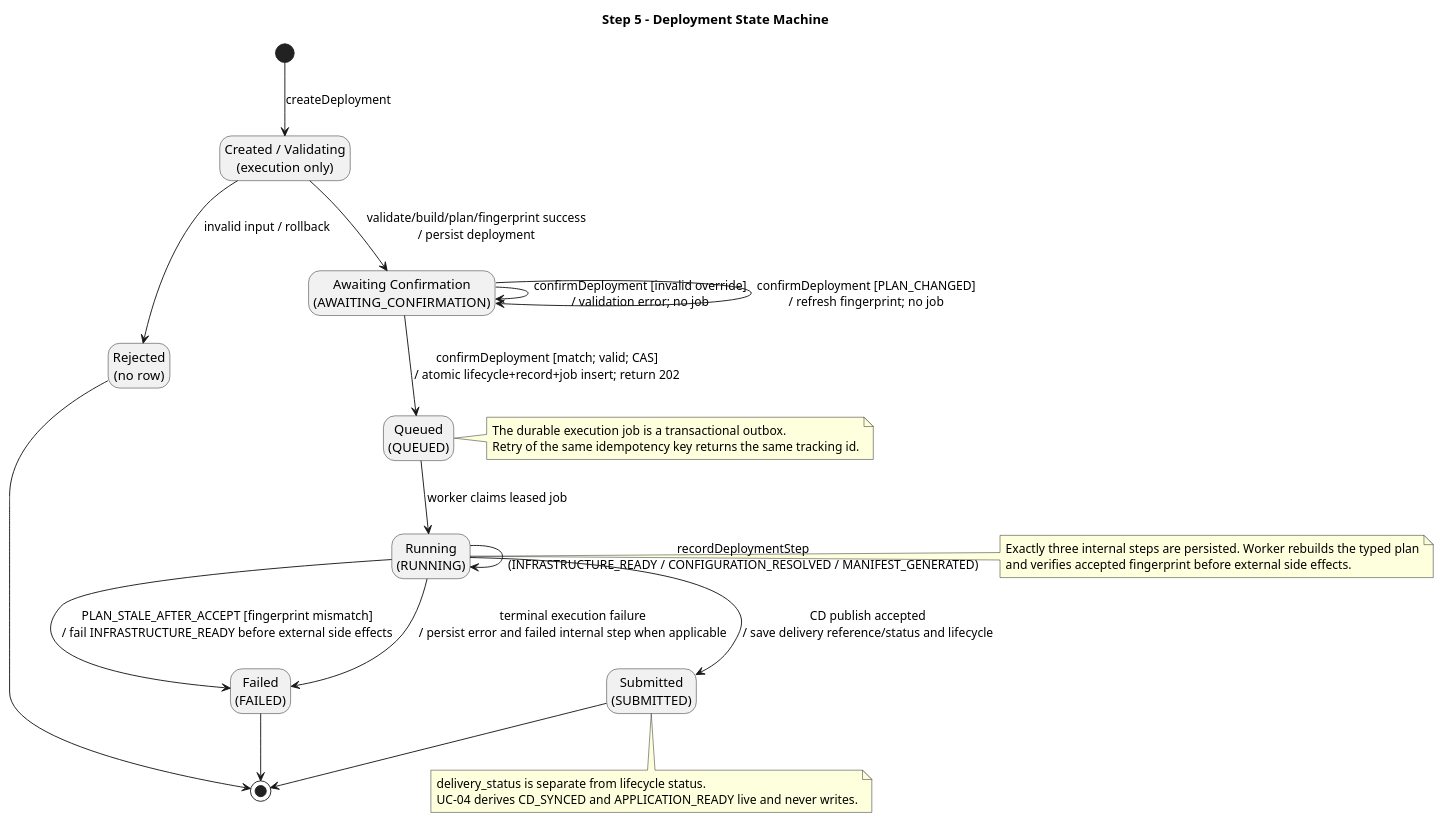
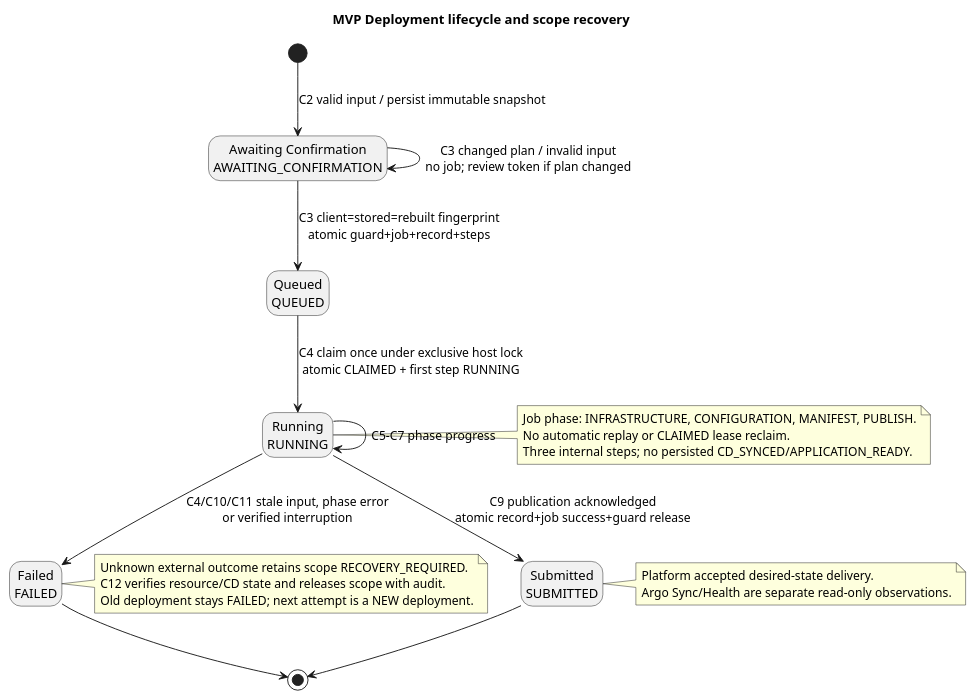
One commit to pr3s3nt/final_idp changed the diagram in 05_state_machines/deployment_state.puml. Above: the diagram before and after it, drawn with PlantUML. The commit also changed 26 other files, not shown here.

Commit message:
Chốt thiết kế deployment MVP Go, Terraform và Argo CD

```diff
--- a/05_state_machines/deployment_state.puml
+++ b/05_state_machines/deployment_state.puml
@@ -1,41 +1,32 @@
 @startuml
-title Step 5 - Deployment State Machine
+title MVP Deployment lifecycle and scope recovery
 hide empty description
-
-state "Created / Validating\n(execution only)" as CREATED
-state "Rejected\n(no row)" as REJECTED
-state "Awaiting Confirmation\n(AWAITING_CONFIRMATION)" as AWAITING
-state "Queued\n(QUEUED)" as QUEUED
-state "Running\n(RUNNING)" as RUNNING
-state "Submitted\n(SUBMITTED)" as SUBMITTED
-state "Failed\n(FAILED)" as FAILED
-
-[*] --> CREATED : createDeployment
-CREATED --> AWAITING : validate/build/plan/fingerprint success\n/ persist deployment
-CREATED --> REJECTED : invalid input / rollback
-REJECTED --> [*]
-
-AWAITING --> AWAITING : confirmDeployment [invalid override]\n/ validation error; no job
-AWAITING --> AWAITING : confirmDeployment [PLAN_CHANGED]\n/ refresh fingerprint; no job
-AWAITING --> QUEUED : confirmDeployment [match; valid; CAS]\n/ atomic lifecycle+record+job insert; return 202
-QUEUED --> RUNNING : worker claims leased job
-RUNNING --> RUNNING : recordDeploymentStep\n(INFRASTRUCTURE_READY / CONFIGURATION_RESOLVED / MANIFEST_GENERATED)
-RUNNING --> FAILED : PLAN_STALE_AFTER_ACCEPT [fingerprint mismatch]\n/ fail INFRASTRUCTURE_READY before external side effects
-RUNNING --> SUBMITTED : CD publish accepted\n/ save delivery reference/status and lifecycle
-RUNNING --> FAILED : terminal execution failure\n/ persist error and failed internal step when applicable
-SUBMITTED --> [*]
-FAILED --> [*]
-
-note right of QUEUED
-  The durable execution job is a transactional outbox.
-  Retry of the same idempotency key returns the same tracking id.
+state "Awaiting Confirmation\nAWAITING_CONFIRMATION" as Awaiting
+state "Queued\nQUEUED" as Queued
+state "Running\nRUNNING" as Running
+state "Submitted\nSUBMITTED" as Submitted
+state "Failed\nFAILED" as Failed
+[*] --> Awaiting : C2 valid input / persist immutable snapshot
+Awaiting --> Awaiting : C3 changed plan / invalid input\nno job; review token if plan changed
+Awaiting --> Queued : C3 client=stored=rebuilt fingerprint\natomic guard+job+record+steps
+Queued --> Running : C4 claim once under exclusive host lock\natomic CLAIMED + first step RUNNING
+Running --> Running : C5-C7 phase progress
+Running --> Submitted : C9 publication acknowledged\natomic record+job success+guard release
+Running --> Failed : C4/C10/C11 stale input, phase error\nor verified interruption
+Submitted --> [*]
+Failed --> [*]
+note right of Failed
+  Unknown external outcome retains scope RECOVERY_REQUIRED.
+  C12 verifies resource/CD state and releases scope with audit.
+  Old deployment stays FAILED; next attempt is a NEW deployment.
 end note
-note right of RUNNING
-  Exactly three internal steps are persisted. Worker rebuilds the typed plan
-  and verifies accepted fingerprint before external side effects.
+note right of Running
+  Job phase: INFRASTRUCTURE, CONFIGURATION, MANIFEST, PUBLISH.
+  No automatic replay or CLAIMED lease reclaim.
+  Three internal steps; no persisted CD_SYNCED/APPLICATION_READY.
 end note
-note bottom of SUBMITTED
-  delivery_status is separate from lifecycle status.
-  UC-04 derives CD_SYNCED and APPLICATION_READY live and never writes.
+note right of Submitted
+  Platform accepted desired-state delivery.
+  Argo Sync/Health are separate read-only observations.
 end note
 @enduml
```
